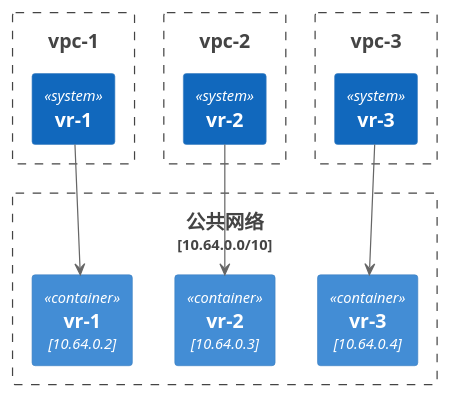
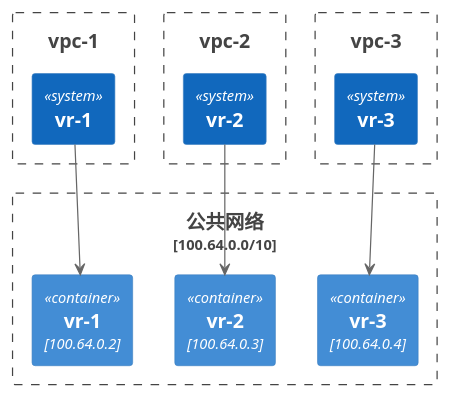
One commit to gardenerframework/impatiens changed the first of 4 diagrams in 云与虚拟化/网络/中级知识/活用公共网络实现云托管服务/readme.md. Above: the diagram before and after it, drawn with PlantUML. The commit also changed other lines of this file, not shown here.

````diff
--- a/云与虚拟化/网络/中级知识/活用公共网络实现云托管服务/readme.md
+++ b/云与虚拟化/网络/中级知识/活用公共网络实现云托管服务/readme.md
@@ -5,22 +5,22 @@
 ```plantuml
 @startuml
 !include  https://plantuml.s3.cn-north-1.jdcloud-oss.com/C4_Container.puml
-Boundary(shared, 公共网络, 10.64.0.0/10) {
-    Container(port1, vr-1, 10.64.0.2)
-    Container(port2, vr-2, 10.64.0.3)
-    Container(port3, vr-3, 10.64.0.4)
+Boundary(shared, 公共网络, 100.64.0.0/10) {
+    Container(port1, vr-1, 100.64.0.2)
+    Container(port2, vr-2, 100.64.0.3)
+    Container(port3, vr-3, 100.64.0.4)
 }
 Boundary(vpc1, vpc-1) {
     System(router1, vr-1)
     router1 -d-> port1
 }
 Boundary(vpc2, vpc-2) {
     System(router2, vr-2)
     router2 -d-> port2
 }
 Boundary(vpc3, vpc-3) {
     System(router3, vr-3)
     router3 -d-> port3
 }
 @enduml
 ```
````
